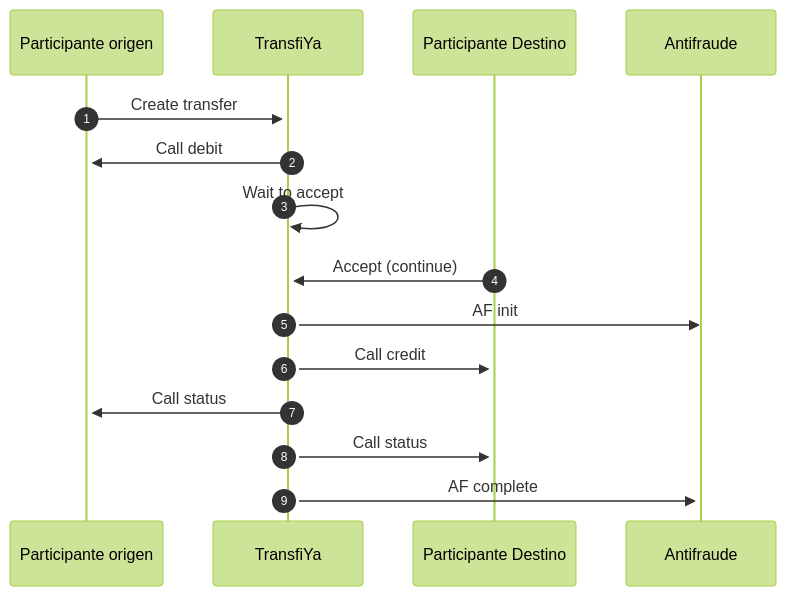
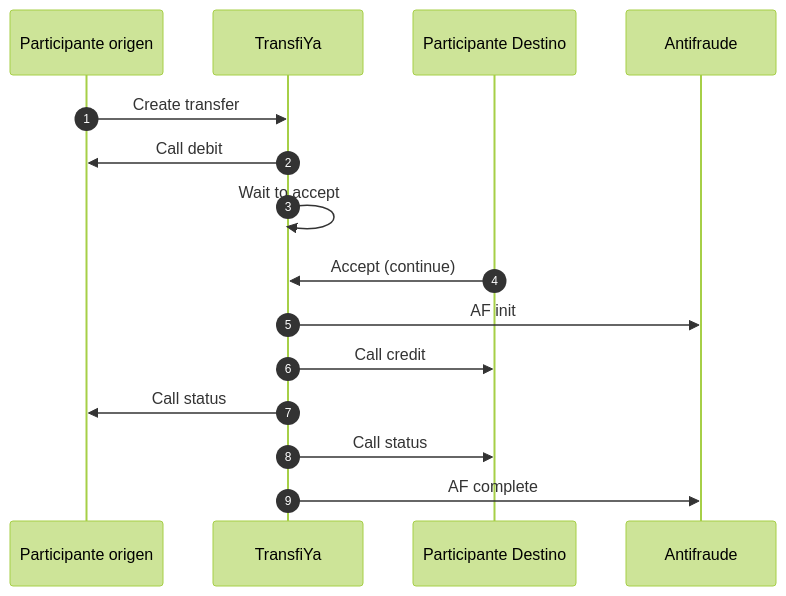
Before and after one commit to dom-minka/docs: the first of 7 diagrams in es/about/about-flows.mdx, drawn with Mermaid (forest theme). The commit also changed other lines of this file and 3 other files, not shown here.

Commit message:
Updated flow

````diff
--- a/es/about/about-flows.mdx
+++ b/es/about/about-flows.mdx
@@ -38,26 +38,18 @@
       ```mermaid
       sequenceDiagram
-	autonumber
-	participant sb as Participante origen
-	participant ty as TransfiYa
+	    autonumber
+        participant sb as Participante origen
+        participant ty as TransfiYa
         participant tb as Participante Destino
         participant monitor as Antifraude
 
-        sb ->> +ty: Create transfer
-
-        ty ->> +sb: Call debit
-
+        sb ->> ty: Create transfer
+        ty ->> sb: Call debit
         ty ->> ty: Wait to accept
-
         tb ->> ty: Accept (continue)
-
         ty ->> monitor: AF init
-
-        ty ->> +tb: Call credit
-
-        ty ->> +sb: Call status
-
-        ty ->> +tb: Call status
-
-        ty ->> +monitor: AF complete
+        ty ->> tb: Call credit
+        ty ->> sb: Call status
+        ty ->> tb: Call status
+        ty ->> monitor: AF complete
         ```
````
